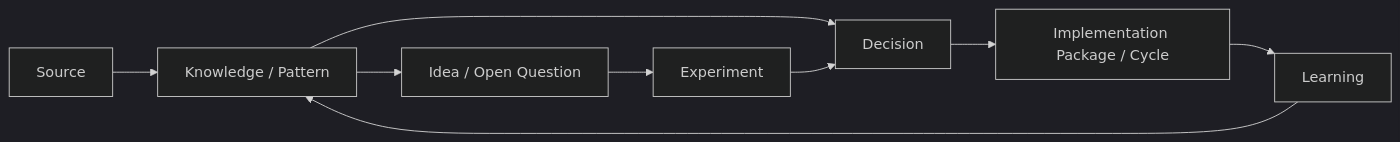
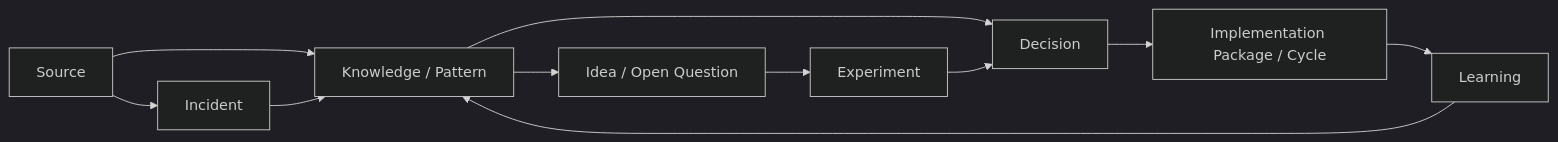
One commit to ldutrald5/Dutra-Sales-OG-Sitem changed the diagram in docs/second-brain/BRAIN_INDEX.md. Above: the diagram before and after it, drawn with Mermaid (dark theme). The commit also changed other lines of this file and 44 other files, not shown here.

````diff
--- a/docs/second-brain/BRAIN_INDEX.md
+++ b/docs/second-brain/BRAIN_INDEX.md
@@ -117,11 +157,13 @@
 ```mermaid
 flowchart LR
   S[Source] --> K[Knowledge / Pattern]
+  S --> N[Incident]
+  N --> K
   K --> I[Idea / Open Question]
   K --> D[Decision]
   I --> E[Experiment]
   D --> P[Implementation Package / Cycle]
   E --> D
   P --> L[Learning]
   L --> K
 ```
````
